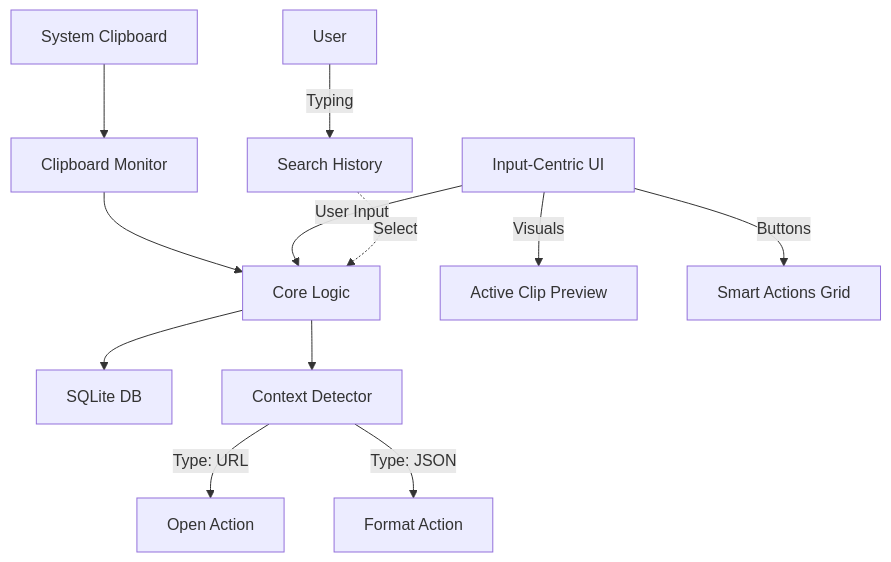
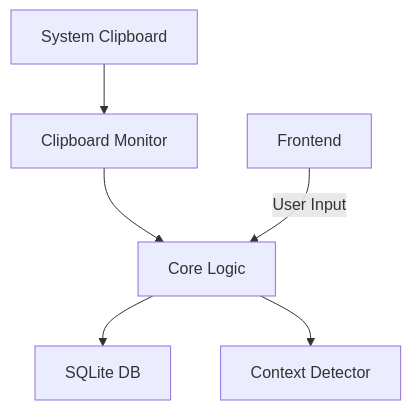
Before and after one commit to azure06/clipsx: the diagram in docs/PLANNING.md, drawn with Mermaid. The commit also changed other lines of this file and 5 other files, not shown here.

Commit message:
docs: refresh roadmap after semantic foundation

````diff
--- a/docs/PLANNING.md
+++ b/docs/PLANNING.md
@@ -160,17 +95,8 @@
 ```mermaid
 graph TD
     Clipboard[System Clipboard] --> Monitor[Clipboard Monitor]
     Monitor --> Logic[Core Logic]
     Logic --> Storage[SQLite DB]
-    
     Logic --> Detector[Context Detector]
-    Detector -->|Type: URL| Action1[Open Action]
-    Detector -->|Type: JSON| Action2[Format Action]
-    
-    UI[Input-Centric UI] -->|User Input| Logic
-    UI -->|Visuals| Preview[Active Clip Preview]
-    UI -->|Buttons| Actions[Smart Actions Grid]
-    
-    User[User] -->|Typing| Search[Search History]
-    Search -.->|Select| Logic
+    UI[Frontend] -->|User Input| Logic
 ```
````
